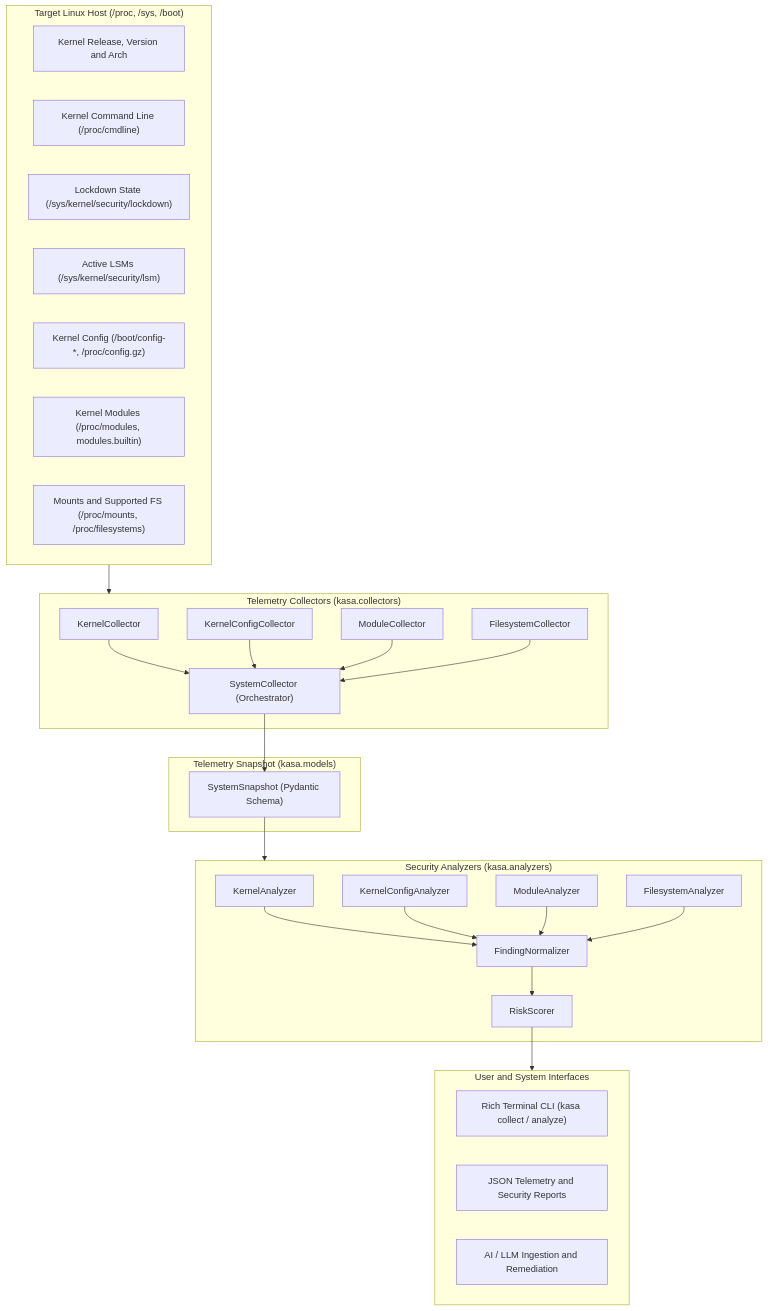
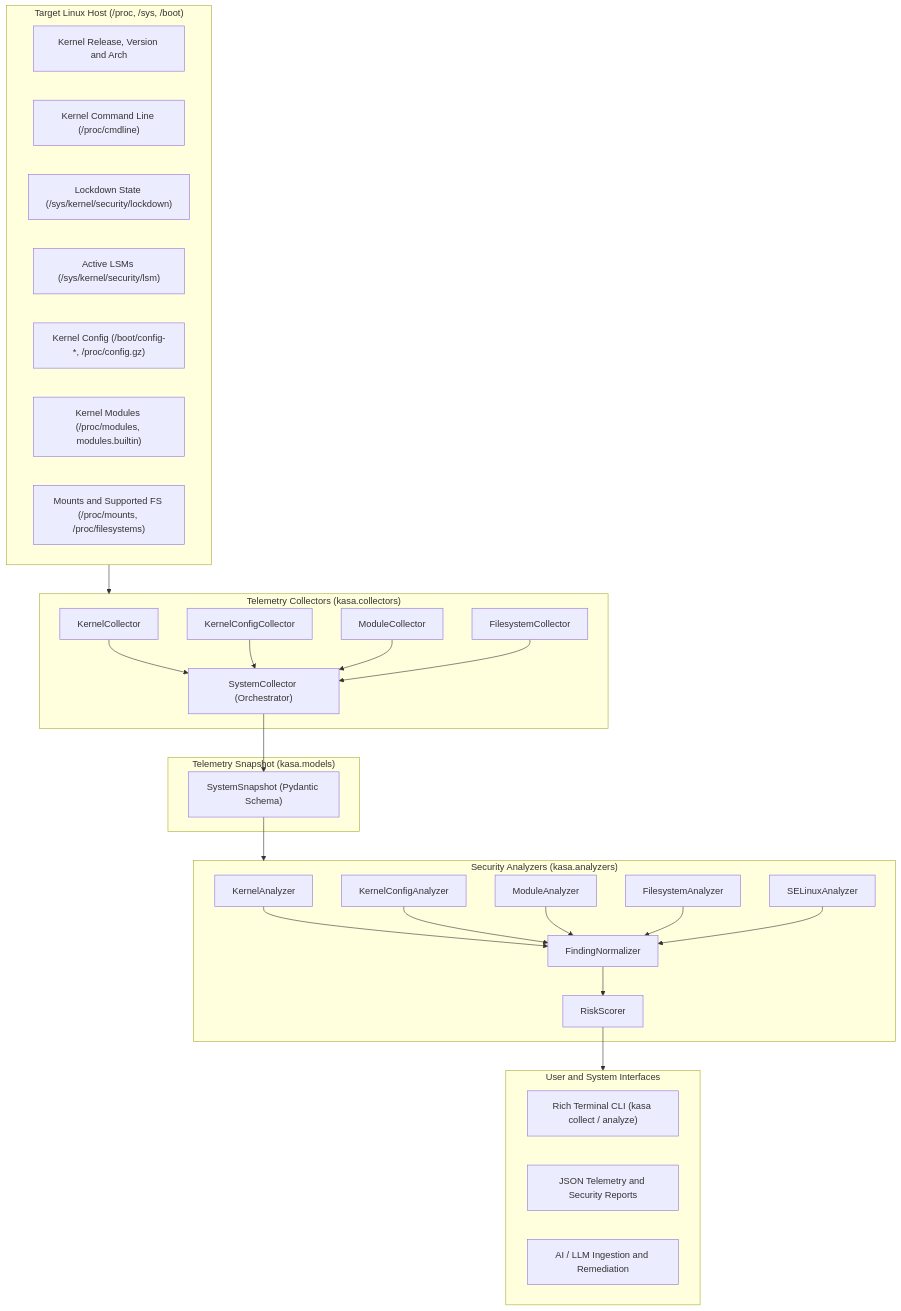
Before and after one commit to DHARSHAN-14/KASA: the diagram in README.md, drawn with Mermaid. The commit also changed other lines of this file, not shown here.

Commit message:
docs: document LSM, SELinux, IMA, EVM, and IPE evidence collection

````diff
--- a/README.md
+++ b/README.md
@@ -80,45 +80,46 @@
 ```mermaid
 flowchart TD
     subgraph TargetHost["Target Linux Host (/proc, /sys, /boot)"]
         KInfo["Kernel Release, Version and Arch"]
         KCmd["Kernel Command Line (/proc/cmdline)"]
         KLock["Lockdown State (/sys/kernel/security/lockdown)"]
         KLSM["Active LSMs (/sys/kernel/security/lsm)"]
         KConf["Kernel Config (/boot/config-*, /proc/config.gz)"]
         KMods["Kernel Modules (/proc/modules, modules.builtin)"]
         KFS["Mounts and Supported FS (/proc/mounts, /proc/filesystems)"]
     end
 
     subgraph Collectors["Telemetry Collectors (kasa.collectors)"]
         KC["KernelCollector"]
         KCC["KernelConfigCollector"]
         MC["ModuleCollector"]
         FC["FilesystemCollector"]
         SC["SystemCollector (Orchestrator)"]
     end
 
     subgraph SnapshotModel["Telemetry Snapshot (kasa.models)"]
         SS["SystemSnapshot (Pydantic Schema)"]
     end
 
     subgraph Analyzers["Security Analyzers (kasa.analyzers)"]
         KA["KernelAnalyzer"]
         KCA["KernelConfigAnalyzer"]
         MA["ModuleAnalyzer"]
         FA["FilesystemAnalyzer"]
+        SELA["SELinuxAnalyzer"]
         Norm["FindingNormalizer"]
         RS["RiskScorer"]
     end
 
     subgraph Presentation["User and System Interfaces"]
         CLI["Rich Terminal CLI (kasa collect / analyze)"]
         JSONArtifacts["JSON Telemetry and Security Reports"]
         AI["AI / LLM Ingestion and Remediation"]
     end
 
     TargetHost --> Collectors
     KC & KCC & MC & FC --> SC --> SS
     SS --> Analyzers
-    KA & KCA & MA & FA --> Norm --> RS
+    KA & KCA & MA & FA & SELA --> Norm --> RS
     RS --> Presentation
 ```
````
